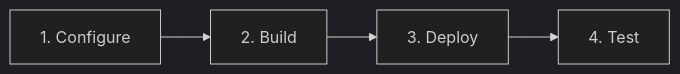
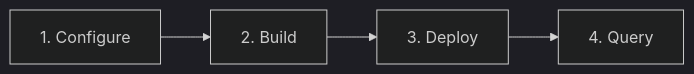
One commit to zhiweio/redshift-spectra changed the first of 2 diagrams in docs/getting-started/quickstart.md. Above: the diagram before and after it, drawn with Mermaid (dark theme). The commit also changed other lines of this file and 15 other files, not shown here.

````diff
--- a/docs/getting-started/quickstart.md
+++ b/docs/getting-started/quickstart.md
@@ -7,6 +7,6 @@
 ```mermaid
 flowchart LR
     A[1. Configure] --> B[2. Build]
     B --> C[3. Deploy]
-    C --> D[4. Test]
+    C --> D[4. Query]
 ```
````
